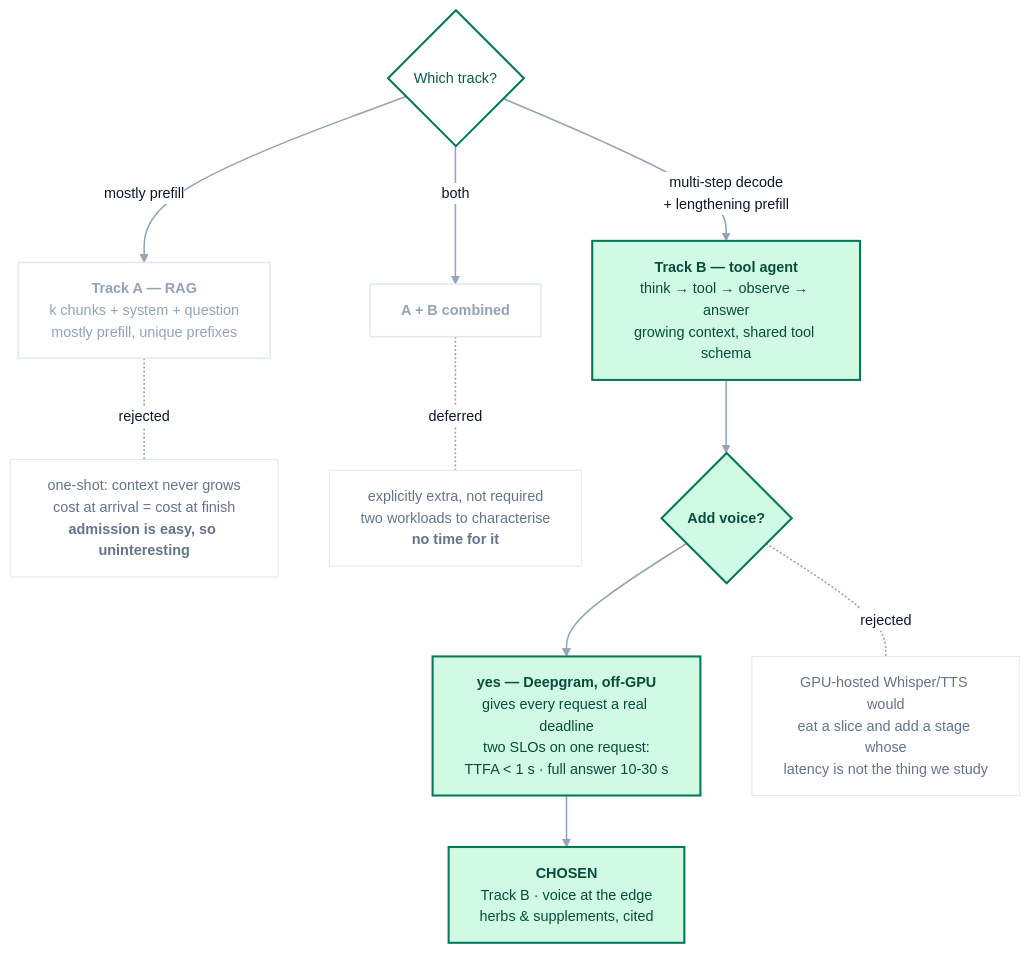
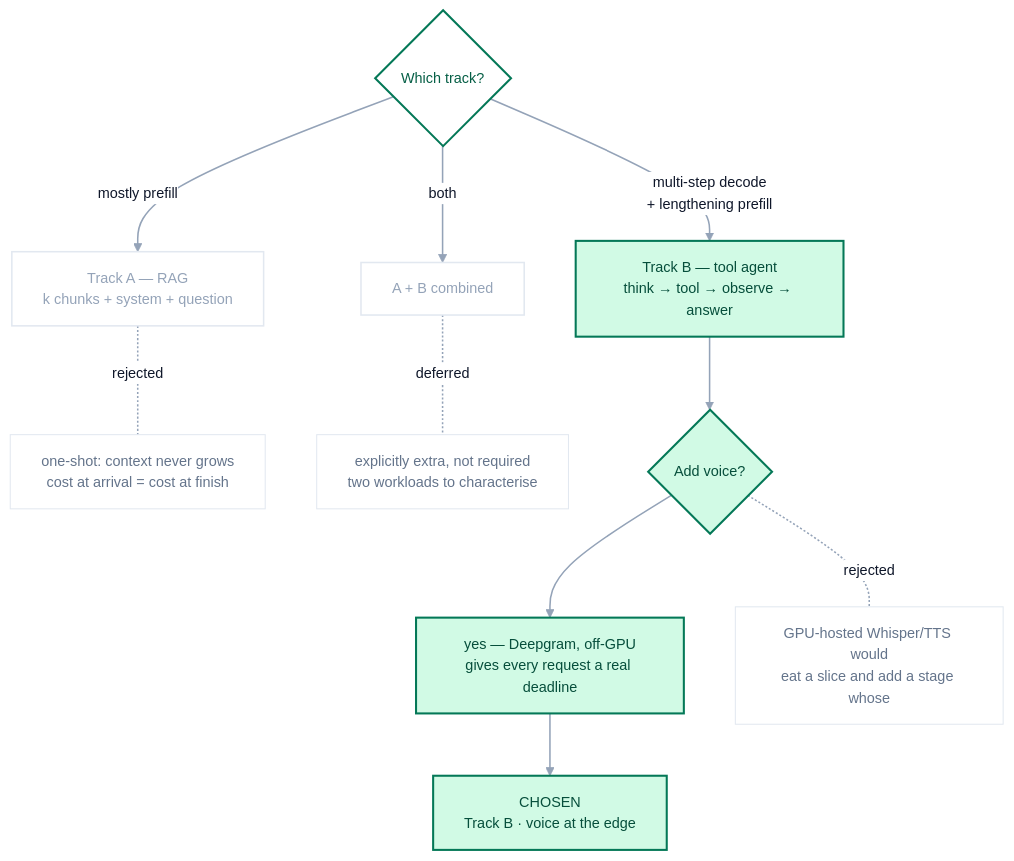
One commit to harshuljain13/Dodona changed the second of 7 diagrams in SUBMISSION.md. Above: the diagram before and after it, drawn with Mermaid. The commit also changed other lines of this file and 17 other files, not shown here.

````diff
--- a/SUBMISSION.md
+++ b/SUBMISSION.md
@@ -214,55 +214,55 @@
 ```mermaid
 %%{init: {'theme':'base','themeVariables':{
   'fontFamily':'ui-sans-serif, -apple-system, Segoe UI, Inter, Helvetica, Arial, sans-serif','fontSize':'14px',
   'primaryColor':'#ecfdf5','primaryTextColor':'#0f172a','primaryBorderColor':'#059669',
   'secondaryColor':'#f8fafc','tertiaryColor':'#ffffff',
   'lineColor':'#94a3b8','textColor':'#1e293b',
   'clusterBkg':'#ffffff','clusterBorder':'#a7f3d0',
   'edgeLabelBackground':'#ffffff','nodeBorder':'#059669'
 }}}%%
 flowchart TD
     Q{"Which track?"}
-    A["<b>Track A — RAG</b><br/>k chunks + system + question<br/>mostly prefill, unique prefixes"]
-    B["<b>Track B — tool agent</b><br/>think → tool → observe → answer<br/>growing context, shared tool schema"]
-    AB["<b>A + B combined</b>"]
+    A["Track A — RAG<br/>k chunks + system + question"]
+    B["Track B — tool agent<br/>think → tool → observe → answer"]
+    AB["A + B combined"]
 
-    AX["one-shot: context never grows<br/>cost at arrival = cost at finish<br/><b>admission is easy, so uninteresting</b>"]
-    ABX["explicitly extra, not required<br/>two workloads to characterise<br/><b>no time for it</b>"]
+    AX["one-shot: context never grows<br/>cost at arrival = cost at finish"]
+    ABX["explicitly extra, not required<br/>two workloads to characterise"]
 
-    V{"<b>Add voice?</b>"}
-    VY["<b>yes — Deepgram, off-GPU</b><br/>gives every request a real deadline<br/>two SLOs on one request:<br/>TTFA < 1 s · full answer 10-30 s"]
-    VX["GPU-hosted Whisper/TTS would<br/>eat a slice and add a stage whose<br/>latency is not the thing we study"]
+    V{"Add voice?"}
+    VY["yes — Deepgram, off-GPU<br/>gives every request a real deadline"]
+    VX["GPU-hosted Whisper/TTS would<br/>eat a slice and add a stage whose"]
 
-    FIN["<b>CHOSEN</b><br/>Track B · voice at the edge<br/>herbs &amp; supplements, cited"]
+    FIN["CHOSEN<br/>Track B · voice at the edge"]
 
     Q -->|"mostly prefill"| A
     Q -->|"multi-step decode<br/>+ lengthening prefill"| B
     Q -->|"both"| AB
     A -.-|"rejected"| AX
     AB -.-|"deferred"| ABX
     B ==> V
     V ==> VY ==> FIN
     V -.-|"rejected"| VX
 
     class B,V,VY,FIN pick
     class Q gate
     class A,AB dead
     class AX,ABX,VX note
 
     classDef primary   fill:#ecfdf5,stroke:#059669,stroke-width:1.5px,color:#0f172a
     classDef secondary fill:#f0fdf4,stroke:#16a34a,stroke-width:1.5px,color:#0f172a
     classDef accent    fill:#ffffff,stroke:#059669,stroke-width:1.5px,color:#0f172a
     classDef decision  fill:#ffffff,stroke:#047857,stroke-width:2px,color:#065f46
     classDef gate      fill:#ffffff,stroke:#047857,stroke-width:2px,color:#065f46
     classDef data      fill:#f0fdf4,stroke:#16a34a,stroke-width:1.5px,color:#0f172a
     classDef neutral   fill:#f8fafc,stroke:#cbd5e1,stroke-width:1.5px,color:#475569
     classDef success   fill:#d1fae5,stroke:#047857,stroke-width:1.5px,color:#065f46
     classDef out       fill:#d1fae5,stroke:#047857,stroke-width:1.5px,color:#065f46
     classDef input     fill:#ffffff,stroke:#94a3b8,stroke-width:1.5px,color:#334155
     classDef highlight fill:#dcfce7,stroke:#15803d,stroke-width:1.5px,color:#14532d
     classDef pick      fill:#d1fae5,stroke:#047857,stroke-width:2px,color:#064e3b
     classDef alt       fill:#ecfdf5,stroke:#059669,stroke-width:1.5px,color:#0f172a
     classDef dead      fill:#ffffff,stroke:#e2e8f0,stroke-width:1.5px,color:#94a3b8
     classDef note      fill:#ffffff,stroke:#e2e8f0,stroke-width:1px,color:#64748b
     linkStyle default stroke:#94a3b8,stroke-width:1.5px
 ```
````
